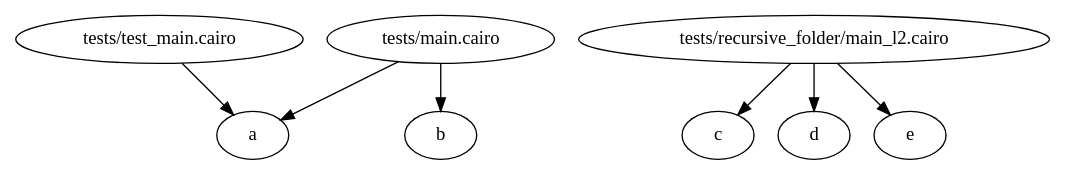
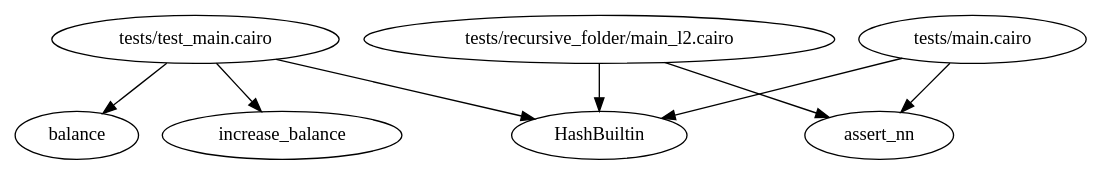
One commit to enitrat/cairo-dependencies-graph changed the diagram in graph.gv. Above: the diagram before and after it, drawn with Graphviz. The commit also changed 3 other files, not shown here.

```diff
--- a/graph.gv
+++ b/graph.gv
@@ -1,5 +1,5 @@
 digraph G {
-{"tests/main.cairo"} -> {"a","b"}
-{"tests/test_main.cairo"} -> {"a"}
-{"tests/recursive_folder/main_l2.cairo"} -> {"c","d","e"}
+{"tests/test_main.cairo"} -> {"balance","increase_balance","HashBuiltin"}
+{"tests/main.cairo"} -> {"assert_nn","HashBuiltin"}
+{"tests/recursive_folder/main_l2.cairo"} -> {"assert_nn","HashBuiltin"}
 }
```
